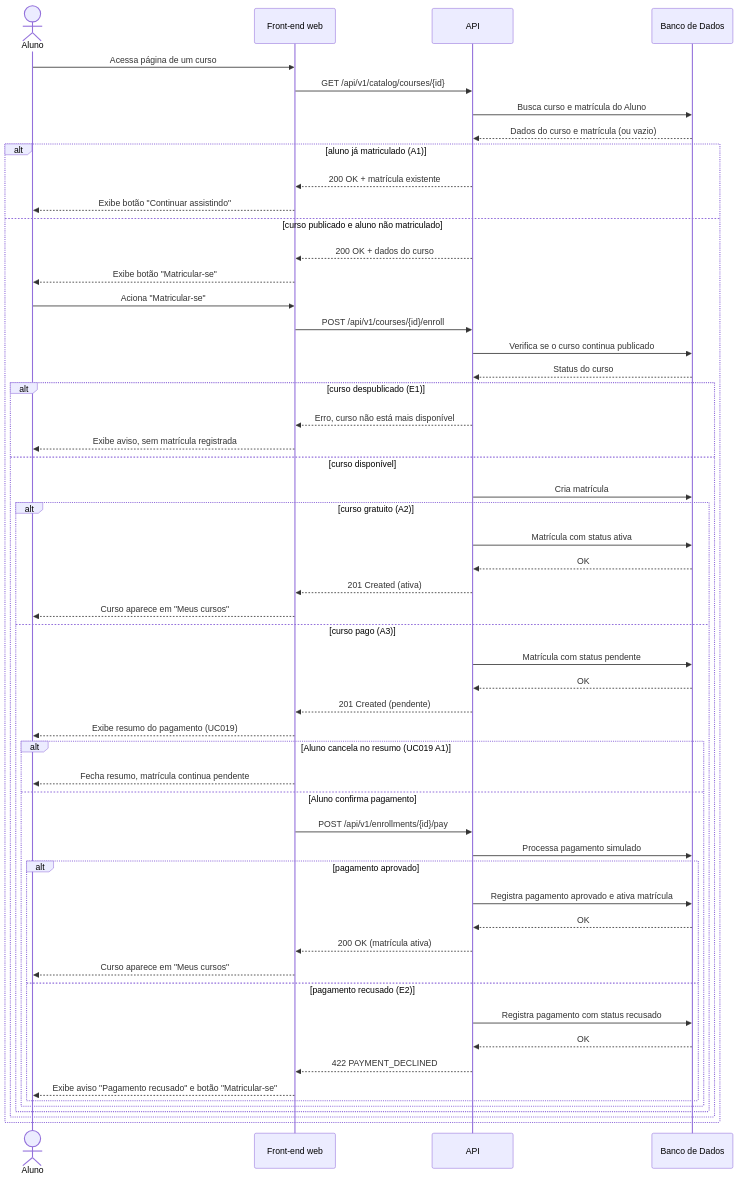
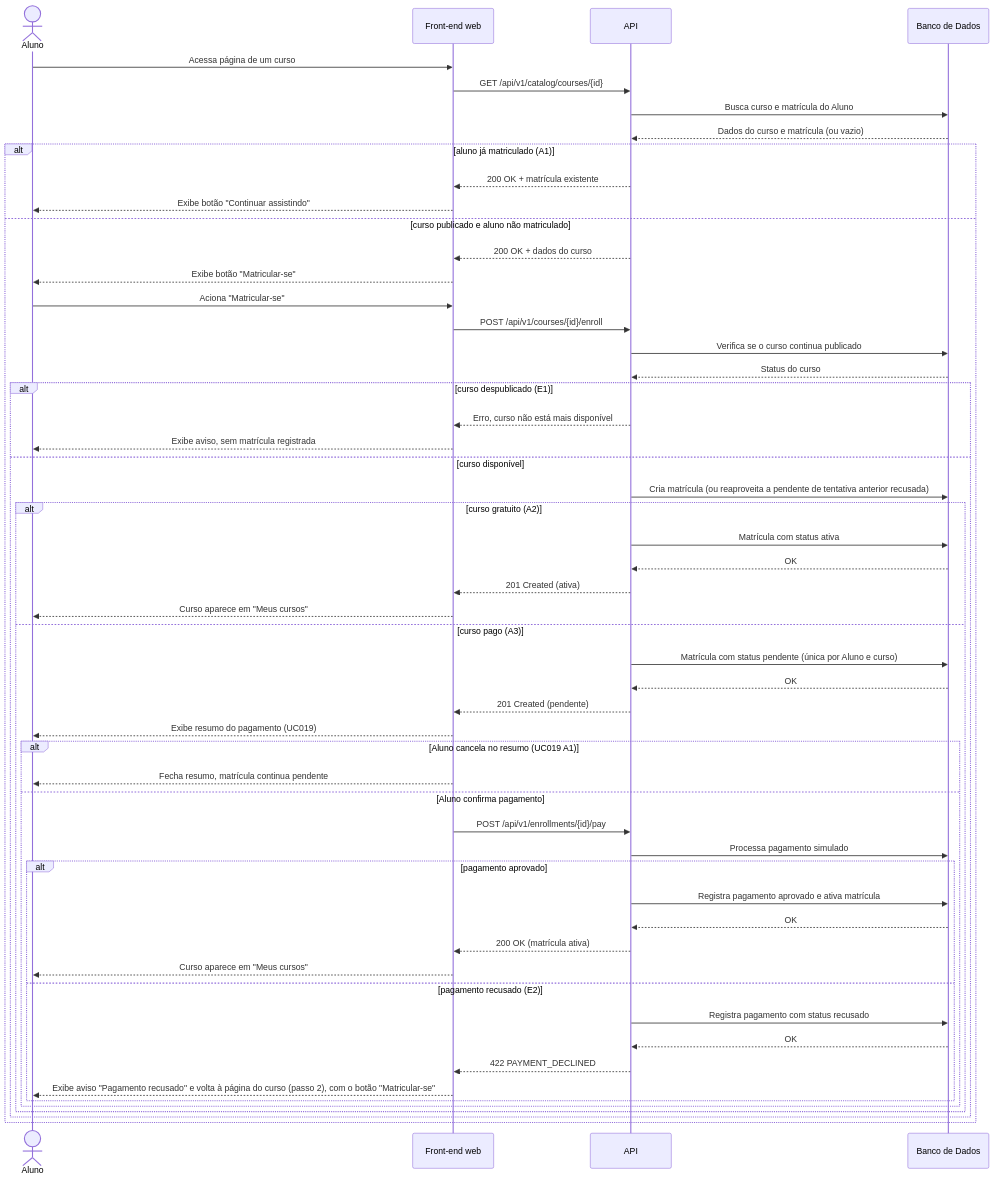
Before and after one commit to Plataforma-de-Cursos-TCC/plataforma-cursos-docs: the diagram in docs/ssd/UC003-matricular-se-em-curso.md, drawn with Mermaid. The commit also changed 25 other files, not shown here.

````diff
--- a/docs/ssd/UC003-matricular-se-em-curso.md
+++ b/docs/ssd/UC003-matricular-se-em-curso.md
@@ -5,57 +5,57 @@
 ```mermaid
 sequenceDiagram
     actor Aluno
     participant FE as Front-end web
     participant API
     participant DB as Banco de Dados
 
     Aluno->>FE: Acessa página de um curso
     FE->>API: GET /api/v1/catalog/courses/{id}
     API->>DB: Busca curso e matrícula do Aluno
     DB-->>API: Dados do curso e matrícula (ou vazio)
     alt aluno já matriculado (A1)
         API-->>FE: 200 OK + matrícula existente
         FE-->>Aluno: Exibe botão "Continuar assistindo"
     else curso publicado e aluno não matriculado
         API-->>FE: 200 OK + dados do curso
         FE-->>Aluno: Exibe botão "Matricular-se"
         Aluno->>FE: Aciona "Matricular-se"
         FE->>API: POST /api/v1/courses/{id}/enroll
         API->>DB: Verifica se o curso continua publicado
         DB-->>API: Status do curso
         alt curso despublicado (E1)
             API-->>FE: Erro, curso não está mais disponível
             FE-->>Aluno: Exibe aviso, sem matrícula registrada
         else curso disponível
-            API->>DB: Cria matrícula
+            API->>DB: Cria matrícula (ou reaproveita a pendente de tentativa anterior recusada)
             alt curso gratuito (A2)
                 API->>DB: Matrícula com status ativa
                 DB-->>API: OK
                 API-->>FE: 201 Created (ativa)
                 FE-->>Aluno: Curso aparece em "Meus cursos"
             else curso pago (A3)
-                API->>DB: Matrícula com status pendente
+                API->>DB: Matrícula com status pendente (única por Aluno e curso)
                 DB-->>API: OK
                 API-->>FE: 201 Created (pendente)
                 FE-->>Aluno: Exibe resumo do pagamento (UC019)
                 alt Aluno cancela no resumo (UC019 A1)
                     FE-->>Aluno: Fecha resumo, matrícula continua pendente
                 else Aluno confirma pagamento
                     FE->>API: POST /api/v1/enrollments/{id}/pay
                     API->>DB: Processa pagamento simulado
                     alt pagamento aprovado
                         API->>DB: Registra pagamento aprovado e ativa matrícula
                         DB-->>API: OK
                         API-->>FE: 200 OK (matrícula ativa)
                         FE-->>Aluno: Curso aparece em "Meus cursos"
                     else pagamento recusado (E2)
                         API->>DB: Registra pagamento com status recusado
                         DB-->>API: OK
                         API-->>FE: 422 PAYMENT_DECLINED
-                        FE-->>Aluno: Exibe aviso "Pagamento recusado" e botão "Matricular-se"
+                        FE-->>Aluno: Exibe aviso "Pagamento recusado" e volta à página do curso (passo 2), com o botão "Matricular-se"
                     end
                 end
             end
         end
     end
 ```
````
